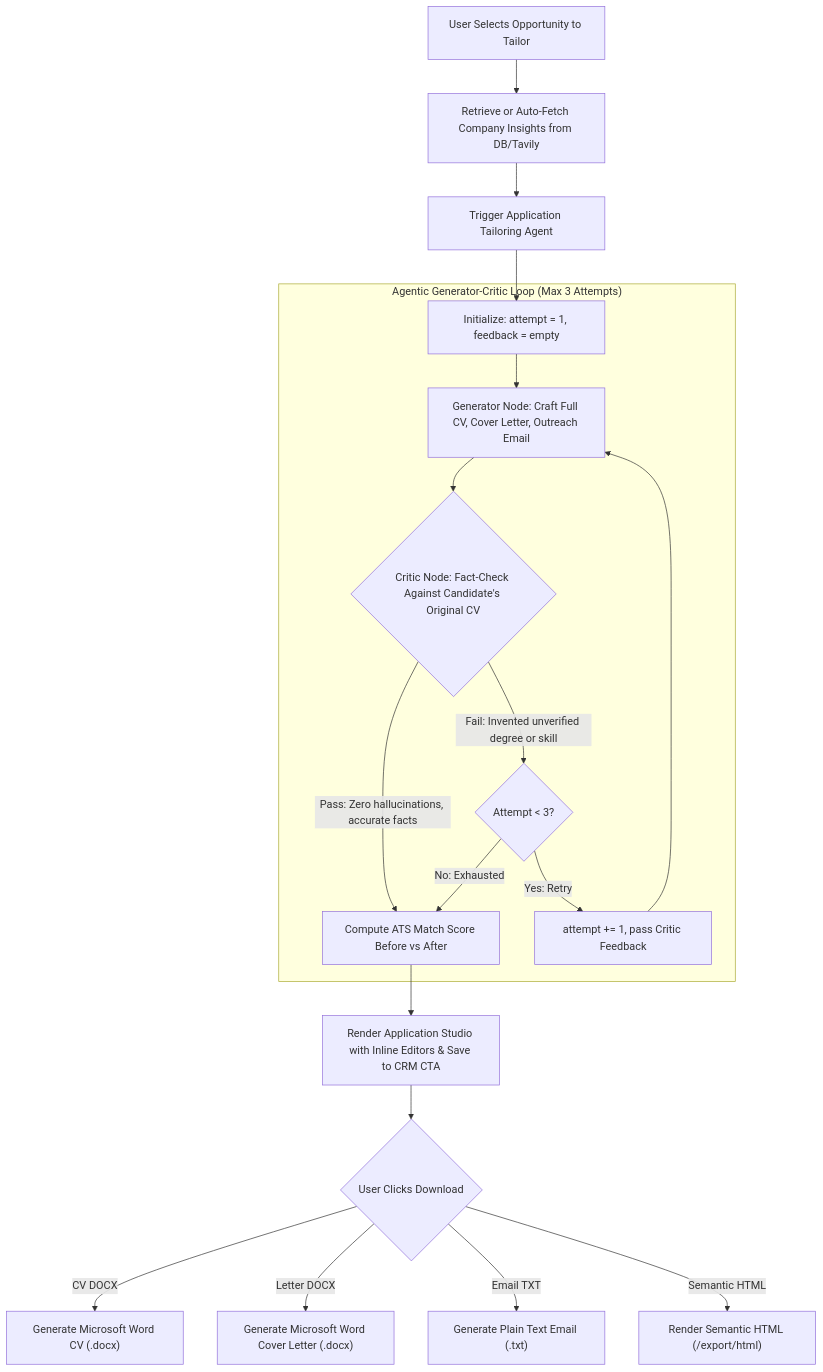
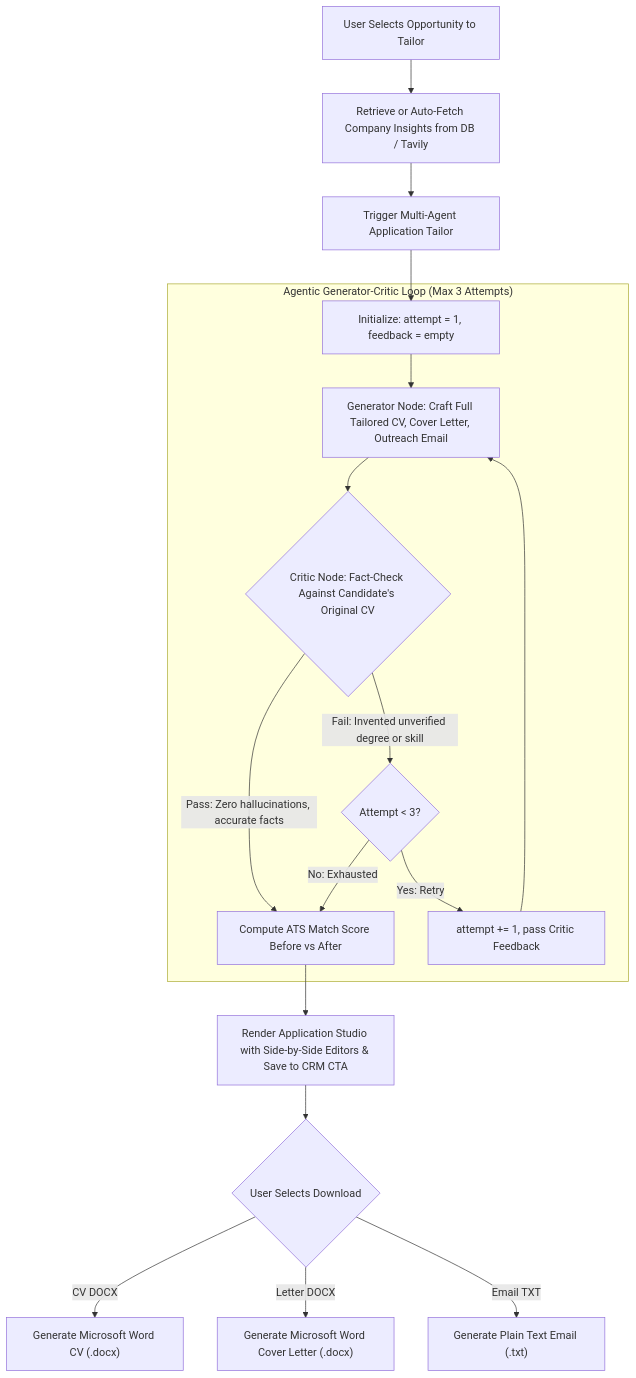
The fifth of 8 diagrams in docs/architecture_flowcharts.md (Mostafa710/career-copilot), drawn with Mermaid before and after one commit. The commit also changed other lines of this file and 2 other files, not shown here.

````diff
--- a/docs/architecture_flowcharts.md
+++ b/docs/architecture_flowcharts.md
@@ -146,26 +156,25 @@
 ```mermaid
 flowchart TD
-    SelectJob["User Selects Opportunity to Tailor"] --> RetrieveInsights["Retrieve or Auto-Fetch Company Insights from DB/Tavily"]
-    RetrieveInsights --> TriggerAgent["Trigger Application Tailoring Agent"]
+    SelectJob["User Selects Opportunity to Tailor"] --> RetrieveInsights["Retrieve or Auto-Fetch Company Insights from DB / Tavily"]
+    RetrieveInsights --> TriggerAgent["Trigger Multi-Agent Application Tailor"]
     
     TriggerAgent --> InitAttempt["Initialize: attempt = 1, feedback = empty"]
     
     subgraph CriticLoop ["Agentic Generator-Critic Loop (Max 3 Attempts)"]
-        InitAttempt --> GenNode["Generator Node: Craft Full CV, Cover Letter, Outreach Email"]
+        InitAttempt --> GenNode["Generator Node: Craft Full Tailored CV, Cover Letter, Outreach Email"]
         GenNode --> CriticNode{"Critic Node: Fact-Check Against Candidate's Original CV"}
         
         CriticNode -->|Pass: Zero hallucinations, accurate facts| CalcGap["Compute ATS Match Score Before vs After"]
         CriticNode -->|Fail: Invented unverified degree or skill| CheckAttempts{"Attempt < 3?"}
         
         CheckAttempts -->|Yes: Retry| IncrementAttempt["attempt += 1, pass Critic Feedback"] --> GenNode
         CheckAttempts -->|No: Exhausted| CalcGap
     end
     
-    CalcGap --> RenderStudio["Render Application Studio with Inline Editors & Save to CRM CTA"]
+    CalcGap --> RenderStudio["Render Application Studio with Side-by-Side Editors & Save to CRM CTA"]
     
-    RenderStudio --> ExportActions{"User Clicks Download"}
+    RenderStudio --> ExportActions{"User Selects Download"}
     ExportActions -->|CV DOCX| DocxCV["Generate Microsoft Word CV (.docx)"]
     ExportActions -->|Letter DOCX| DocxLetter["Generate Microsoft Word Cover Letter (.docx)"]
     ExportActions -->|Email TXT| TxtEmail["Generate Plain Text Email (.txt)"]
-    ExportActions -->|Semantic HTML| HtmlExport["Render Semantic HTML (/export/html)"]
 ```
````
